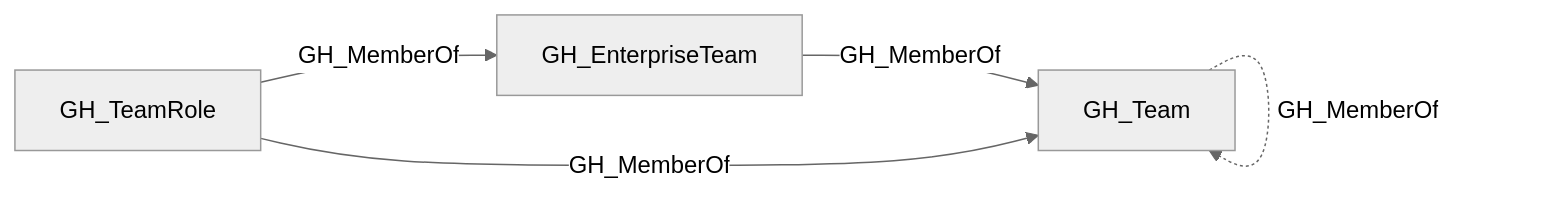
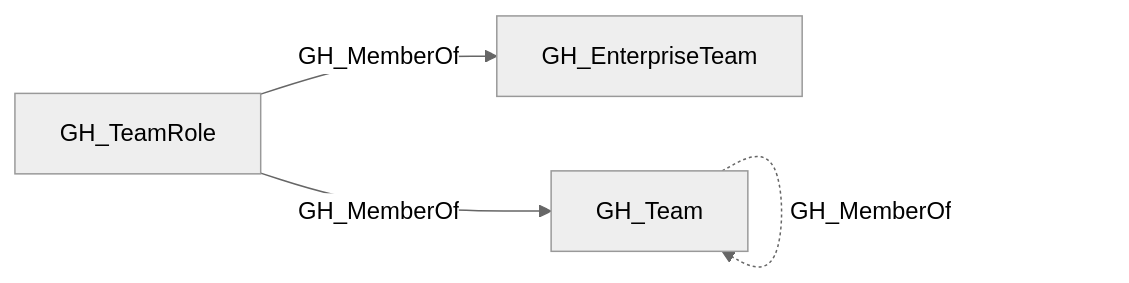
One commit to SpecterOps/openhound-github changed the diagram in descriptions/edges/GH_MemberOf.md. Above: the diagram before and after it, drawn with Mermaid (neutral theme). The commit also changed other lines of this file and 27 other files, not shown here.

````diff
--- a/descriptions/edges/GH_MemberOf.md
+++ b/descriptions/edges/GH_MemberOf.md
@@ -18,10 +19,9 @@
 ```mermaid
 graph LR
     n0["GH_EnterpriseTeam"]
     n1["GH_Team"]
     n2["GH_TeamRole"]
-    n0 -->|GH_MemberOf| n1
     n1 -.->|GH_MemberOf| n1
     n2 -->|GH_MemberOf| n0
     n2 -->|GH_MemberOf| n1
 ```
````
